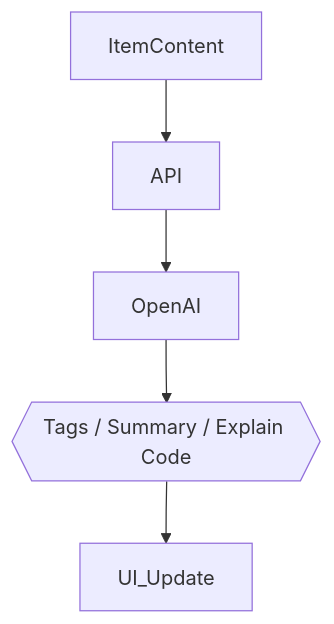
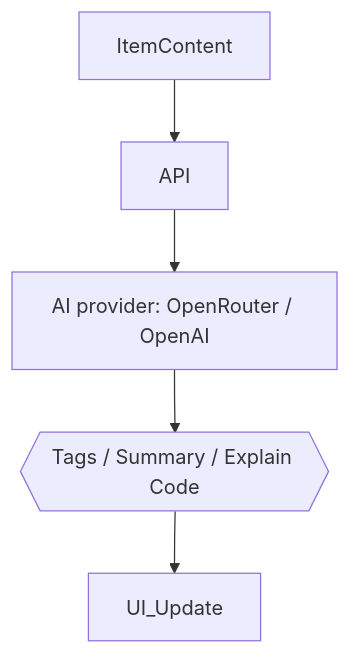
One commit to c0ding-L/codstash changed the third of 3 diagrams in context/project-overview.md. Above: the diagram before and after it, drawn with Mermaid. The commit also changed other lines of this file and 4 other files, not shown here.

````diff
--- a/context/project-overview.md
+++ b/context/project-overview.md
@@ -319,7 +319,7 @@
 ```mermaid
 flowchart TD
   ItemContent --> API
-  API --> OpenAI
-  OpenAI --> Suggestions{{Tags / Summary / Explain Code}}
+  API --> AI[AI provider: OpenRouter / OpenAI]
+  AI --> Suggestions{{Tags / Summary / Explain Code}}
   Suggestions --> UI_Update
 ```
````
